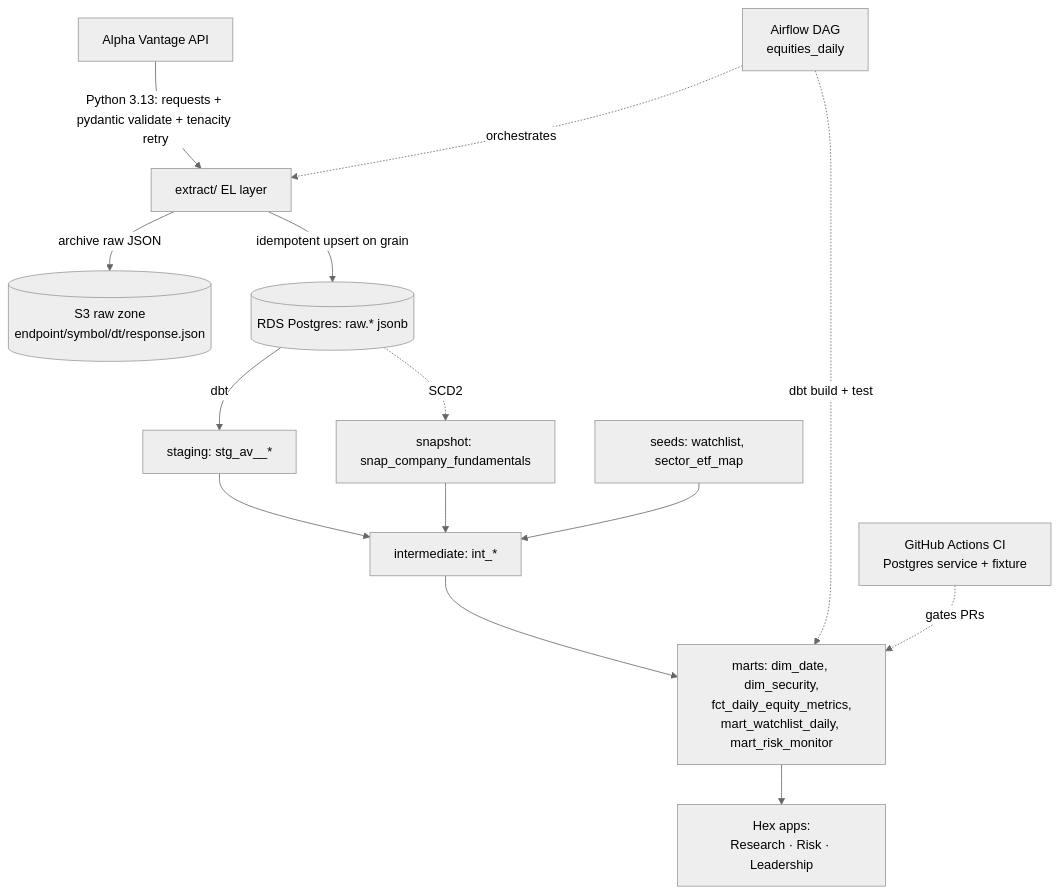
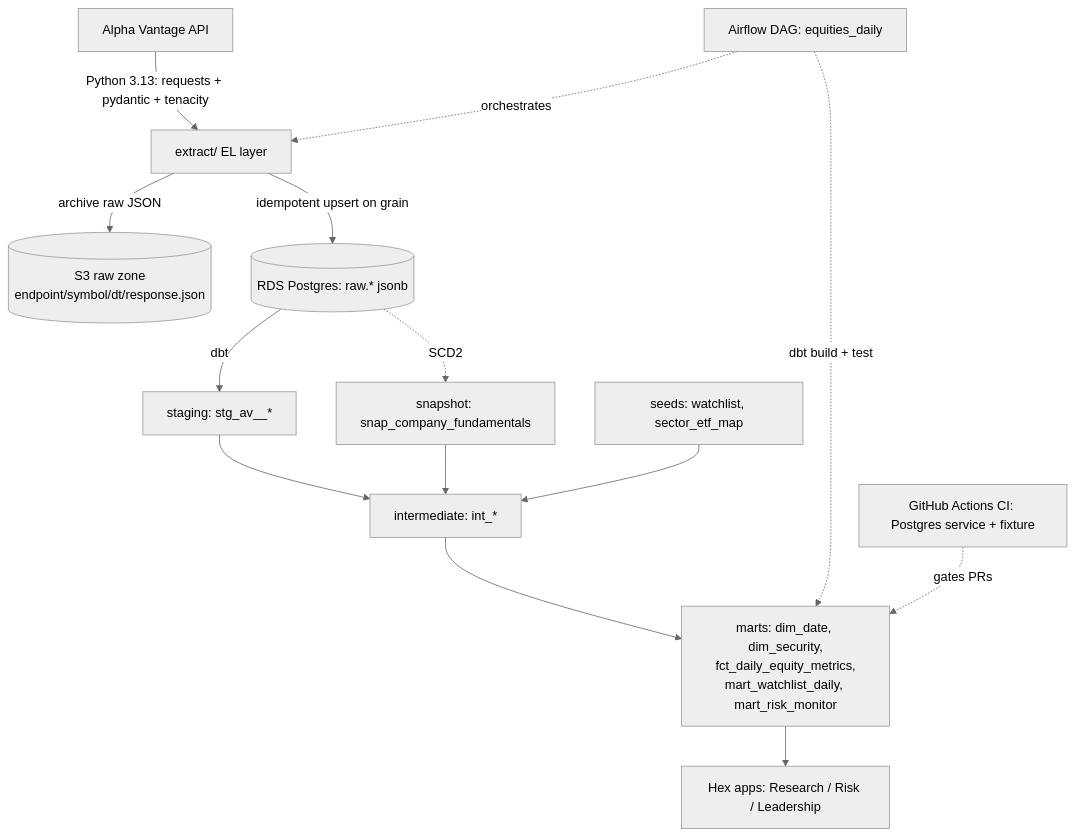
The first of 2 diagrams in README.md (JoshuaPhillips64/Analytics-Platform-Demo), drawn with Mermaid (neutral theme) before and after one commit.

Commit message:
docs: fix mermaid architecture diagram for GitHub rendering
quote all node labels, use <br>, and use -.->|label| for dotted edges
(the -.SCD2.-> inline-text form broke GitHub's mermaid renderer)

````diff
--- a/README.md
+++ b/README.md
@@ -30,17 +30,17 @@
 ```mermaid
 flowchart TD
-    AV[Alpha Vantage API] -->|"Python 3.13: requests + pydantic validate + tenacity retry"| EL[extract/ EL layer]
-    EL -->|"archive raw JSON"| S3[(S3 raw zone<br/>endpoint/symbol/dt/response.json)]
-    EL -->|"idempotent upsert on grain"| RAW[(RDS Postgres: raw.* jsonb)]
-    RAW -->|dbt| STG[staging: stg_av__*]
-    STG --> INT[intermediate: int_*]
-    RAW -.SCD2.-> SNAP[snapshot: snap_company_fundamentals]
+    AV["Alpha Vantage API"] -->|"Python 3.13: requests + pydantic + tenacity"| EL["extract/ EL layer"]
+    EL -->|"archive raw JSON"| S3[("S3 raw zone<br>endpoint/symbol/dt/response.json")]
+    EL -->|"idempotent upsert on grain"| RAW[("RDS Postgres: raw.* jsonb")]
+    RAW -->|"dbt"| STG["staging: stg_av__*"]
+    STG --> INT["intermediate: int_*"]
+    RAW -.->|"SCD2"| SNAP["snapshot: snap_company_fundamentals"]
     SNAP --> INT
-    SEED[seeds: watchlist, sector_etf_map] --> INT
-    INT --> MARTS[marts: dim_date, dim_security,<br/>fct_daily_equity_metrics,<br/>mart_watchlist_daily, mart_risk_monitor]
-    MARTS --> HEX[Hex apps:<br/>Research · Risk · Leadership]
+    SEED["seeds: watchlist, sector_etf_map"] --> INT
+    INT --> MARTS["marts: dim_date, dim_security,<br>fct_daily_equity_metrics,<br>mart_watchlist_daily, mart_risk_monitor"]
+    MARTS --> HEX["Hex apps: Research / Risk / Leadership"]
 
-    AIRFLOW[Airflow DAG<br/>equities_daily] -.orchestrates.-> EL
-    AIRFLOW -.->|dbt build + test| MARTS
-    CI[GitHub Actions CI<br/>Postgres service + fixture] -.gates PRs.-> MARTS
+    AIRFLOW["Airflow DAG: equities_daily"] -.->|"orchestrates"| EL
+    AIRFLOW -.->|"dbt build + test"| MARTS
+    CI["GitHub Actions CI: Postgres service + fixture"] -.->|"gates PRs"| MARTS
 ```
````
